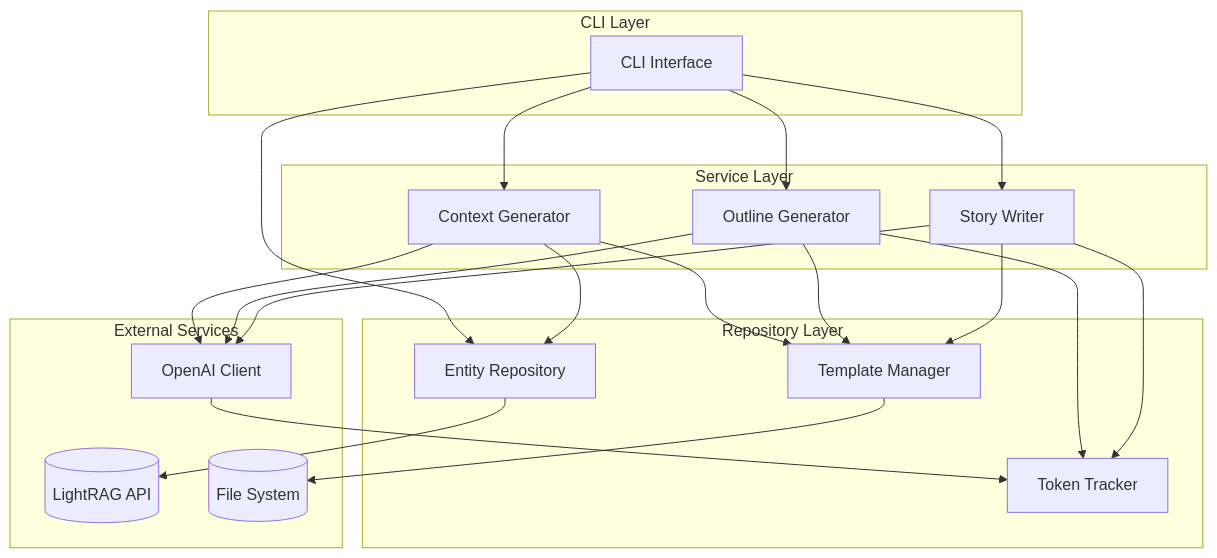
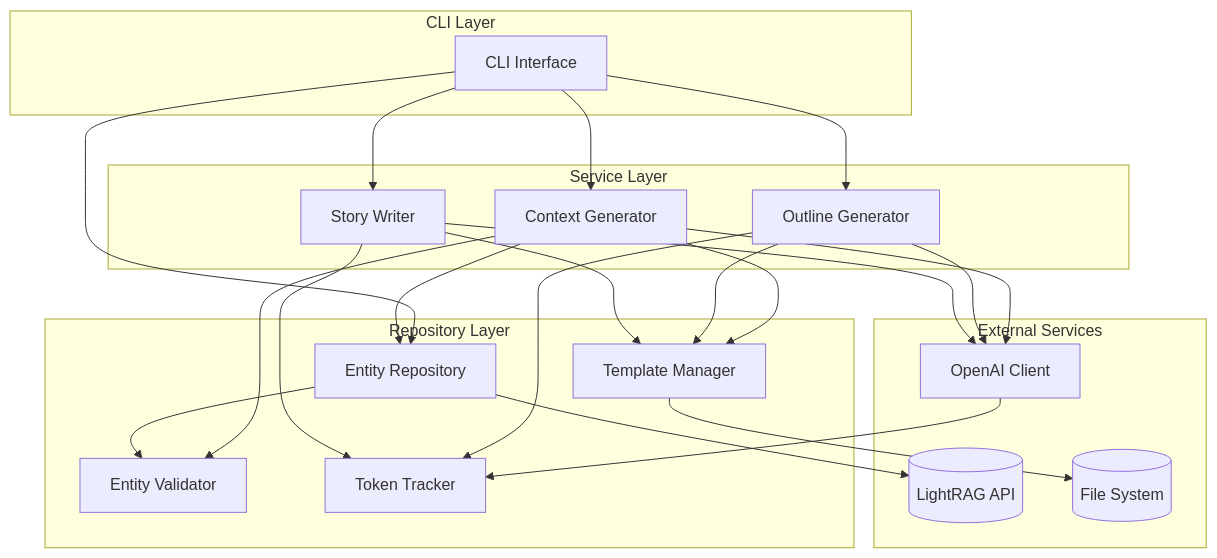
The diagram in docs/architecture/06-component-diagrams.md (harms-haus/jestir), drawn with Mermaid before and after one commit. The commit also changed 15 other files, not shown here.

````diff
--- a/docs/architecture/06-component-diagrams.md
+++ b/docs/architecture/06-component-diagrams.md
@@ -3,45 +3,48 @@
 ```mermaid
 graph TD
     subgraph "CLI Layer"
         CLI[CLI Interface]
     end
 
     subgraph "Service Layer"
         CG[Context Generator]
         OG[Outline Generator]
         SW[Story Writer]
     end
 
     subgraph "Repository Layer"
         ER[Entity Repository]
+        EV[Entity Validator]
         TM[Template Manager]
         TT[Token Tracker]
     end
 
     subgraph "External Services"
         OAI[OpenAI Client]
         LR[(LightRAG API)]
         FS[(File System)]
     end
 
     CLI --> CG
     CLI --> OG
     CLI --> SW
     CLI --> ER
 
     CG --> ER
+    CG --> EV
     CG --> TM
     CG --> OAI
 
     OG --> TM
     OG --> OAI
     OG --> TT
 
     SW --> TM
     SW --> OAI
     SW --> TT
 
     ER --> LR
+    ER --> EV
     TM --> FS
     OAI --> TT
 ```
````
